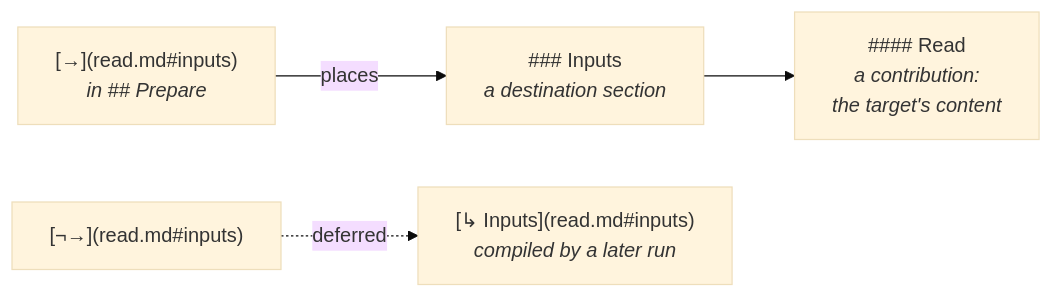
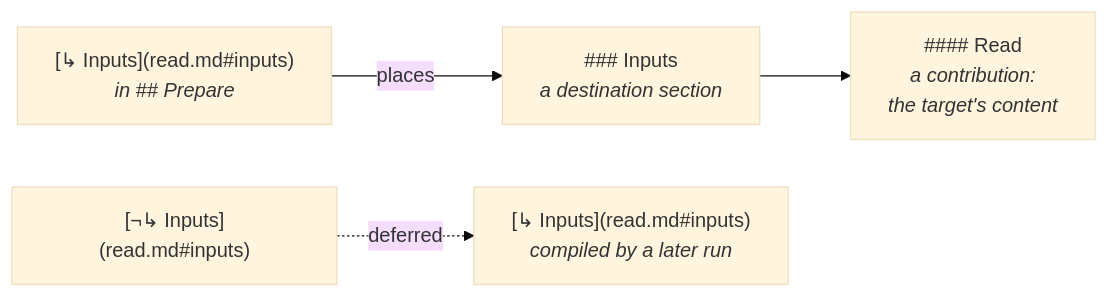
One commit to m2ux/prosiform changed the sixth of 11 diagrams in docs/architecture.md. Above: the diagram before and after it, drawn with Mermaid (base theme). The commit also changed other lines of this file and 10 other files, not shown here.

````diff
--- a/docs/architecture.md
+++ b/docs/architecture.md
@@ -99,6 +99,6 @@
 ```mermaid
 flowchart LR
-  Link["[→](read.md#inputs)<br/><i>in ## Prepare</i>"] -- "places" --> Dest["### Inputs<br/><i>a destination section</i>"]
+  Link["[↳ Inputs](read.md#inputs)<br/><i>in ## Prepare</i>"] -- "places" --> Dest["### Inputs<br/><i>a destination section</i>"]
   Dest --> Contrib["#### Read<br/><i>a contribution:<br/>the target's content</i>"]
-  Deferred["[¬→](read.md#inputs)"] -. "deferred" .-> Line["[↳ Inputs](read.md#inputs)<br/><i>compiled by a later run</i>"]
+  Deferred["[¬↳ Inputs](read.md#inputs)"] -. "deferred" .-> Line["[↳ Inputs](read.md#inputs)<br/><i>compiled by a later run</i>"]
 ```
````
